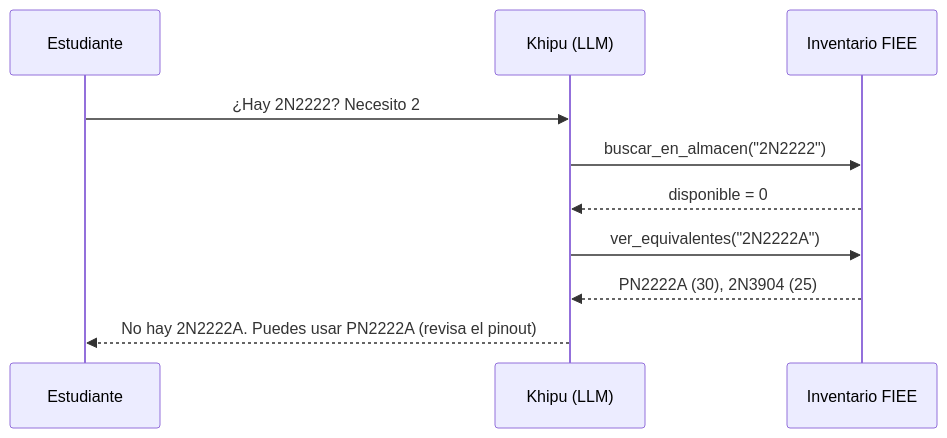
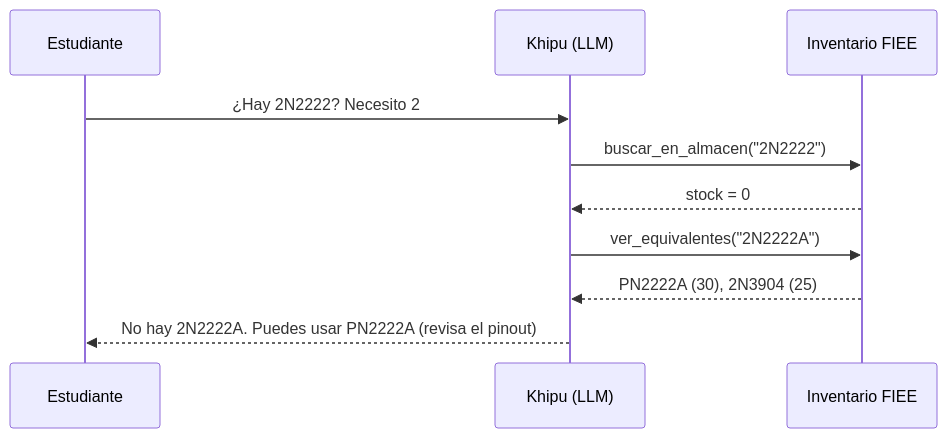
Before and after one commit to AldoRuiz07/KHIPU-: the second of 3 diagrams in README.md, drawn with Mermaid. The commit also changed other lines of this file and 3 other files, not shown here.

````diff
--- a/README.md
+++ b/README.md
@@ -181,12 +168,12 @@
 ```mermaid
 sequenceDiagram
     participant E as Estudiante
     participant K as Khipu (LLM)
     participant DB as Inventario FIEE
     E->>K: ¿Hay 2N2222? Necesito 2
     K->>DB: buscar_en_almacen("2N2222")
-    DB-->>K: disponible = 0
+    DB-->>K: stock = 0
     K->>DB: ver_equivalentes("2N2222A")
     DB-->>K: PN2222A (30), 2N3904 (25)
     K-->>E: No hay 2N2222A. Puedes usar PN2222A (revisa el pinout)
 ```
````
